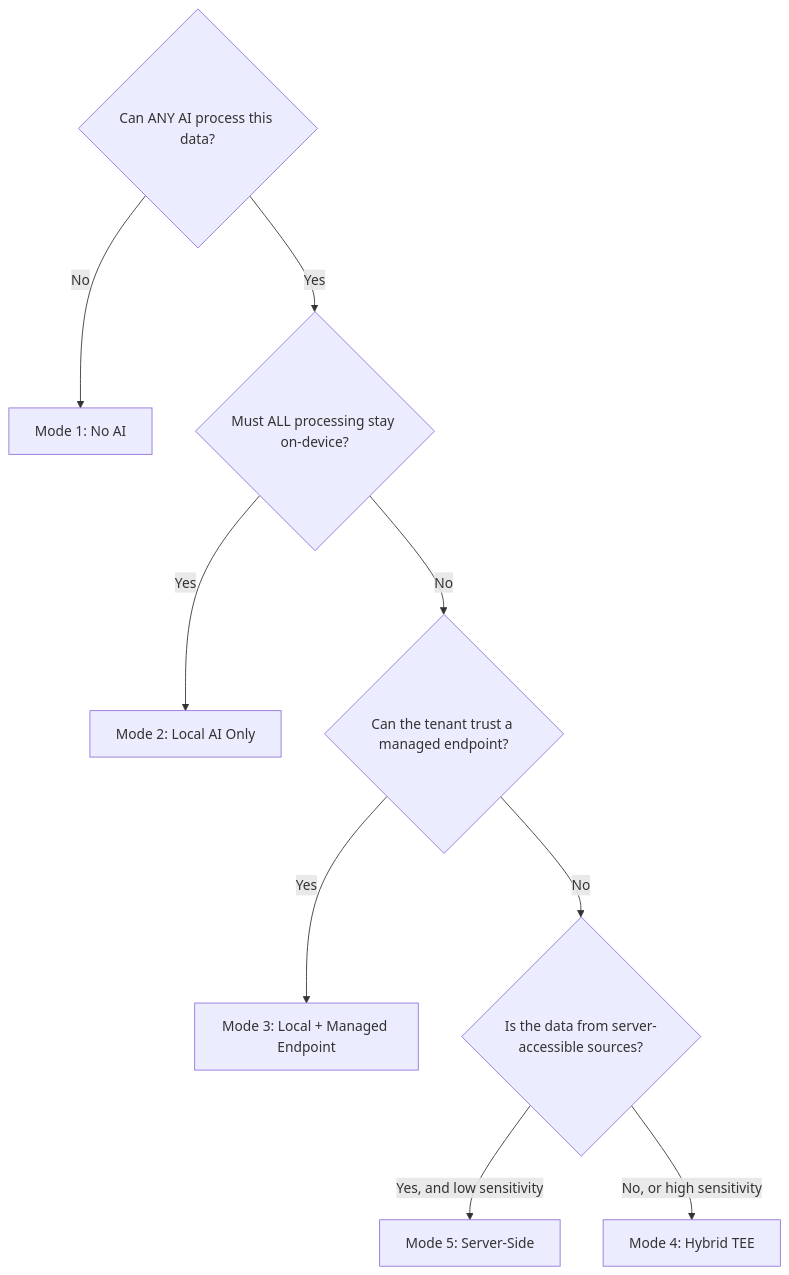
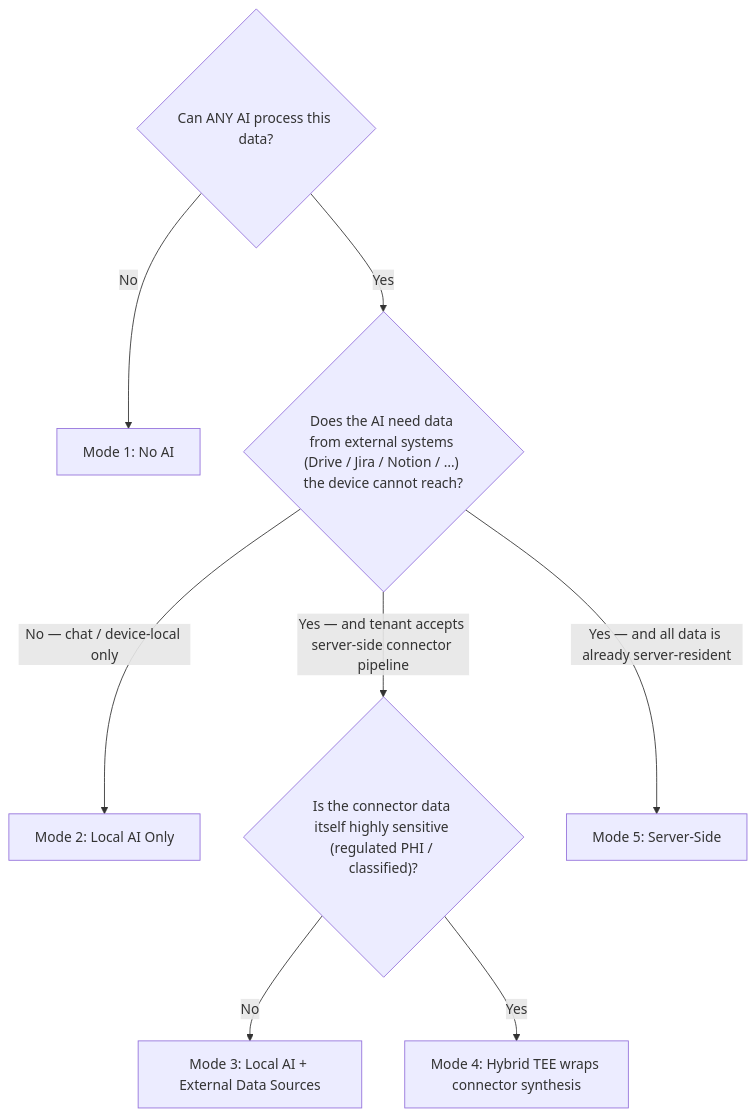
The third of 3 diagrams in blog/ai-privacy-spectrum-across-industries.md (kennguy3n/knowledge), drawn with Mermaid before and after one commit. The commit also changed other lines of this file and 1 other file, not shown here.

Commit message:
docs(blog): correct Mode 3 to Local AI + External Data Sources + connector ownership

````diff
--- a/blog/ai-privacy-spectrum-across-industries.md
+++ b/blog/ai-privacy-spectrum-across-industries.md
@@ -278,12 +387,11 @@
 ```mermaid
 flowchart TD
     Q1{"Can ANY AI process this data?"}
     Q1 -->|No| M1["Mode 1: No AI"]
-    Q1 -->|Yes| Q2{"Must ALL processing stay on-device?"}
-    Q2 -->|Yes| M2["Mode 2: Local AI Only"]
-    Q2 -->|No| Q3{"Can the tenant trust a managed endpoint?"}
-    Q3 -->|Yes| M3["Mode 3: Local + Managed Endpoint"]
-    Q3 -->|No| Q4{"Is the data from server-accessible sources?"}
-    Q4 -->|Yes, and low sensitivity| M5["Mode 5: Server-Side"]
-    Q4 -->|No, or high sensitivity| M4["Mode 4: Hybrid TEE"]
+    Q1 -->|Yes| Q2{"Does the AI need data from external systems (Drive / Jira / Notion / …) the device cannot reach?"}
+    Q2 -->|No — chat / device-local only| M2["Mode 2: Local AI Only"]
+    Q2 -->|Yes — and tenant accepts server-side connector pipeline| Q3{"Is the connector data itself highly sensitive (regulated PHI / classified)?"}
+    Q3 -->|No| M3["Mode 3: Local AI + External Data Sources"]
+    Q3 -->|Yes| M4["Mode 4: Hybrid TEE wraps connector synthesis"]
+    Q2 -->|Yes — and all data is already server-resident| M5["Mode 5: Server-Side"]
 ```
````
